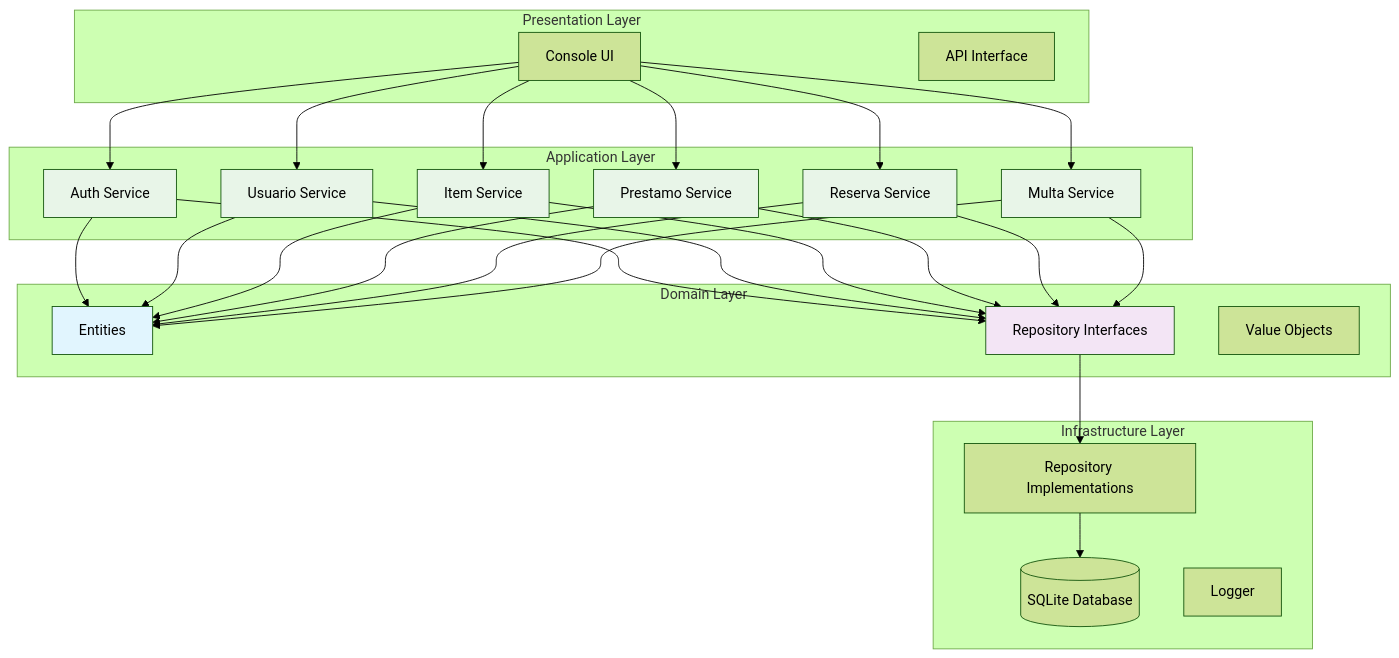
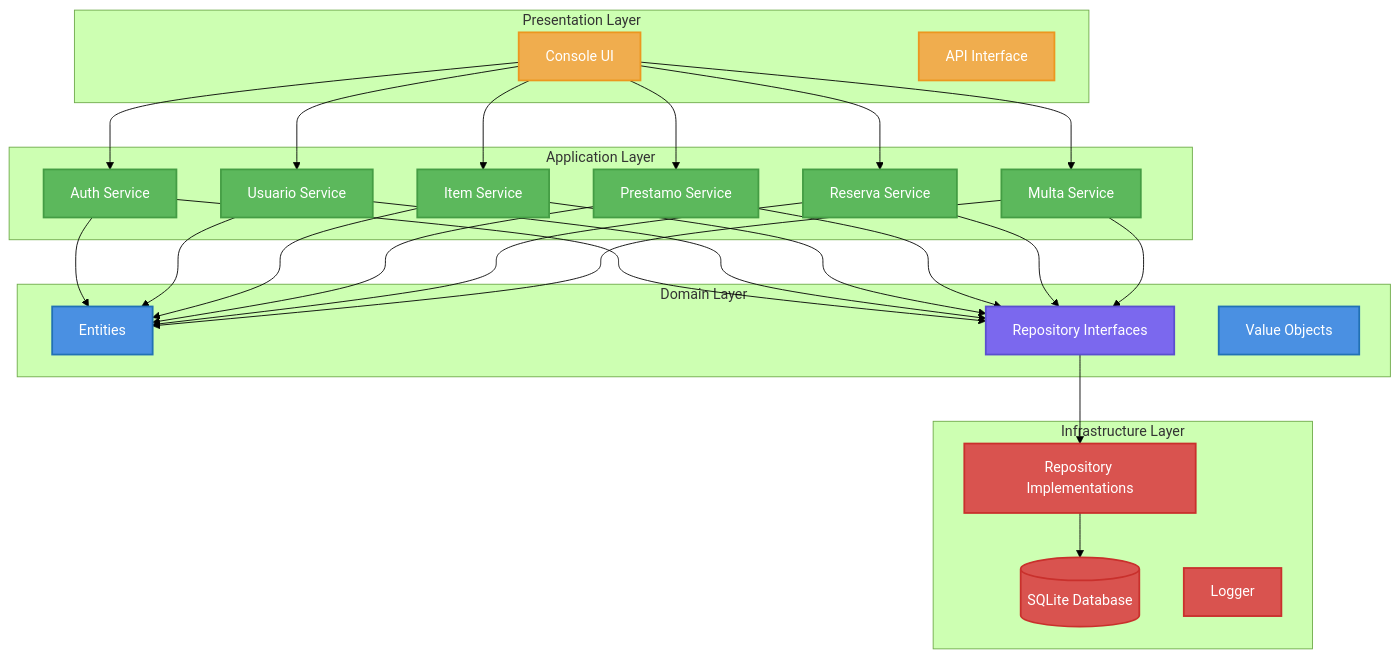
Before and after one commit to Analisis-y-metodologia-de-sistemas/Biblioteca-Liskov: the first of 11 diagrams in README.md, drawn with Mermaid (forest theme). The commit also changed other lines of this file, not shown here.

Commit message:
Improve hexagonal diagram for dark mode and add complete C4 architecture diagrams

````diff
--- a/README.md
+++ b/README.md
@@ -21,61 +21,67 @@
 ```mermaid
 graph TB
     subgraph "Presentation Layer"
         UI[Console UI]
         API[API Interface]
     end
     
     subgraph "Application Layer"
         AS[Auth Service]
         US[Usuario Service]
         IS[Item Service]
         PS[Prestamo Service]
         RS[Reserva Service]
         MS[Multa Service]
     end
     
     subgraph "Domain Layer"
         E[Entities]
         R[Repository Interfaces]
         V[Value Objects]
     end
     
     subgraph "Infrastructure Layer"
         DB[(SQLite Database)]
         REPO[Repository Implementations]
         LOG[Logger]
     end
     
     UI --> AS
     UI --> US
     UI --> IS
     UI --> PS
     UI --> RS
     UI --> MS
     
     AS --> E
     US --> E
     IS --> E
     PS --> E
     RS --> E
     MS --> E
     
     AS --> R
     US --> R
     IS --> R
     PS --> R
     RS --> R
     MS --> R
     
     R --> REPO
     REPO --> DB
     
-    style E fill:#e1f5fe
-    style R fill:#f3e5f5
-    style AS fill:#e8f5e8
-    style US fill:#e8f5e8
-    style IS fill:#e8f5e8
-    style PS fill:#e8f5e8
-    style RS fill:#e8f5e8
-    style MS fill:#e8f5e8
+    style E fill:#4a90e2,stroke:#2171b5,stroke-width:2px,color:#fff
+    style R fill:#7b68ee,stroke:#5a4fcf,stroke-width:2px,color:#fff
+    style AS fill:#5cb85c,stroke:#449d44,stroke-width:2px,color:#fff
+    style US fill:#5cb85c,stroke:#449d44,stroke-width:2px,color:#fff
+    style IS fill:#5cb85c,stroke:#449d44,stroke-width:2px,color:#fff
+    style PS fill:#5cb85c,stroke:#449d44,stroke-width:2px,color:#fff
+    style RS fill:#5cb85c,stroke:#449d44,stroke-width:2px,color:#fff
+    style MS fill:#5cb85c,stroke:#449d44,stroke-width:2px,color:#fff
+    style UI fill:#f0ad4e,stroke:#ec971f,stroke-width:2px,color:#fff
+    style API fill:#f0ad4e,stroke:#ec971f,stroke-width:2px,color:#fff
+    style DB fill:#d9534f,stroke:#c9302c,stroke-width:2px,color:#fff
+    style REPO fill:#d9534f,stroke:#c9302c,stroke-width:2px,color:#fff
+    style LOG fill:#d9534f,stroke:#c9302c,stroke-width:2px,color:#fff
+    style V fill:#4a90e2,stroke:#2171b5,stroke-width:2px,color:#fff
 ```
````
